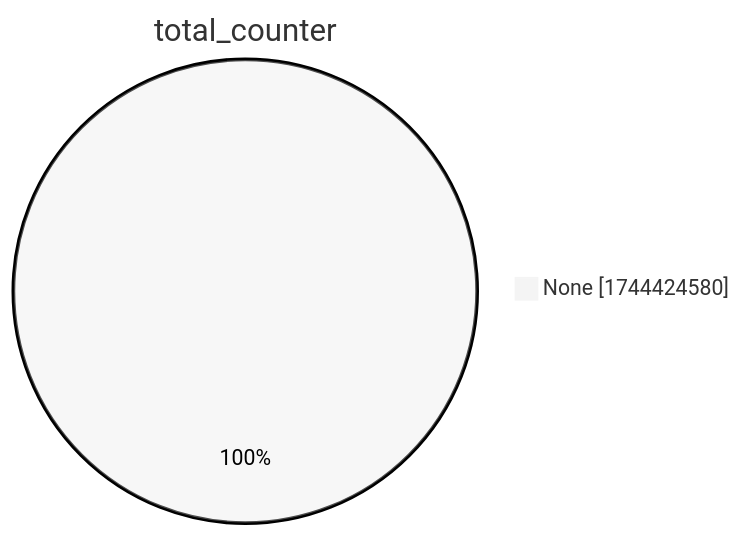
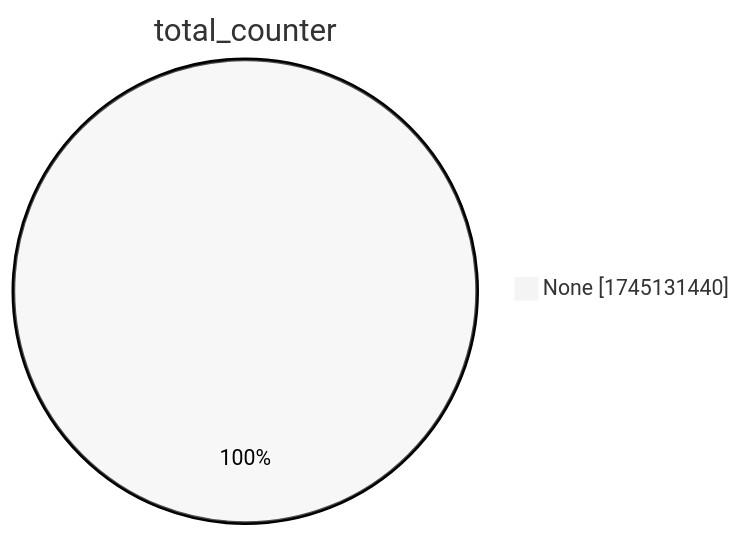
Before and after one commit to christiankrug/ctmonitor_visualization: the second of 15 diagrams in xenon2022/README.md, drawn with Mermaid (neutral theme). The commit also changed other lines of this file, not shown here.

````diff
--- a/xenon2022/README.md
+++ b/xenon2022/README.md
@@ -9,5 +9,5 @@
 ```mermaid
 pie showData
 title total_counter
-"None" :1744424580
+"None" :1745131440
 ```
````
